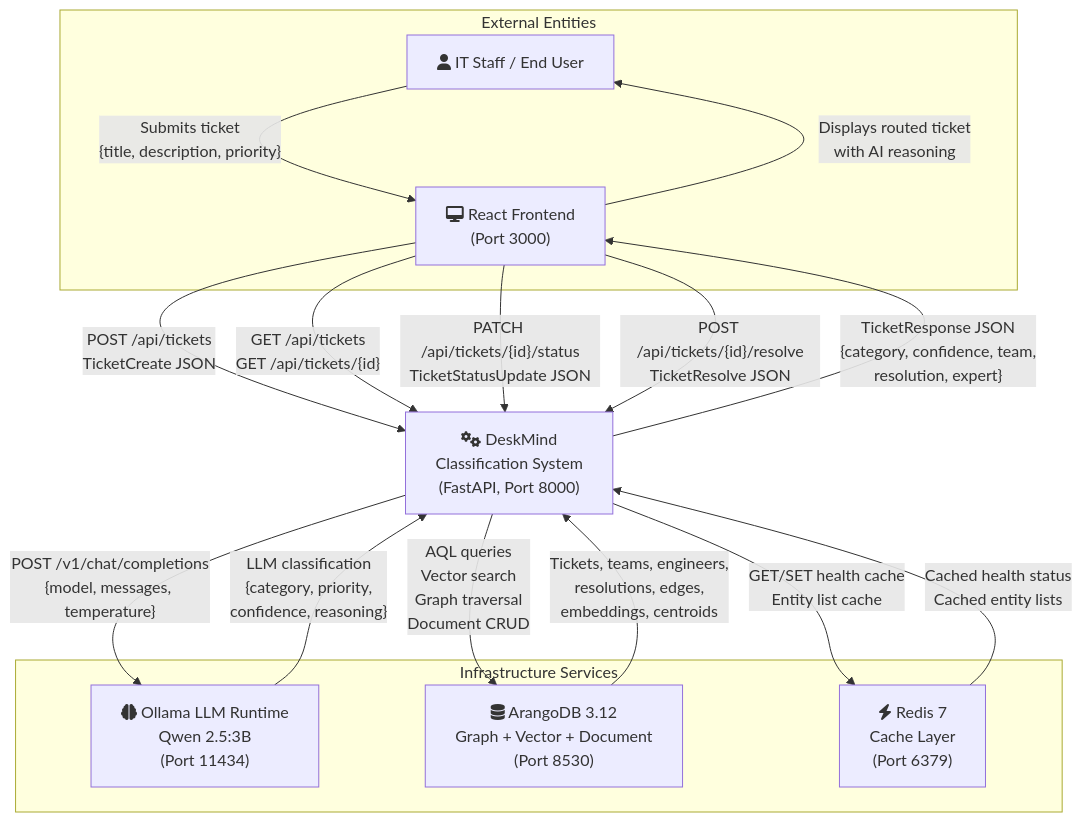
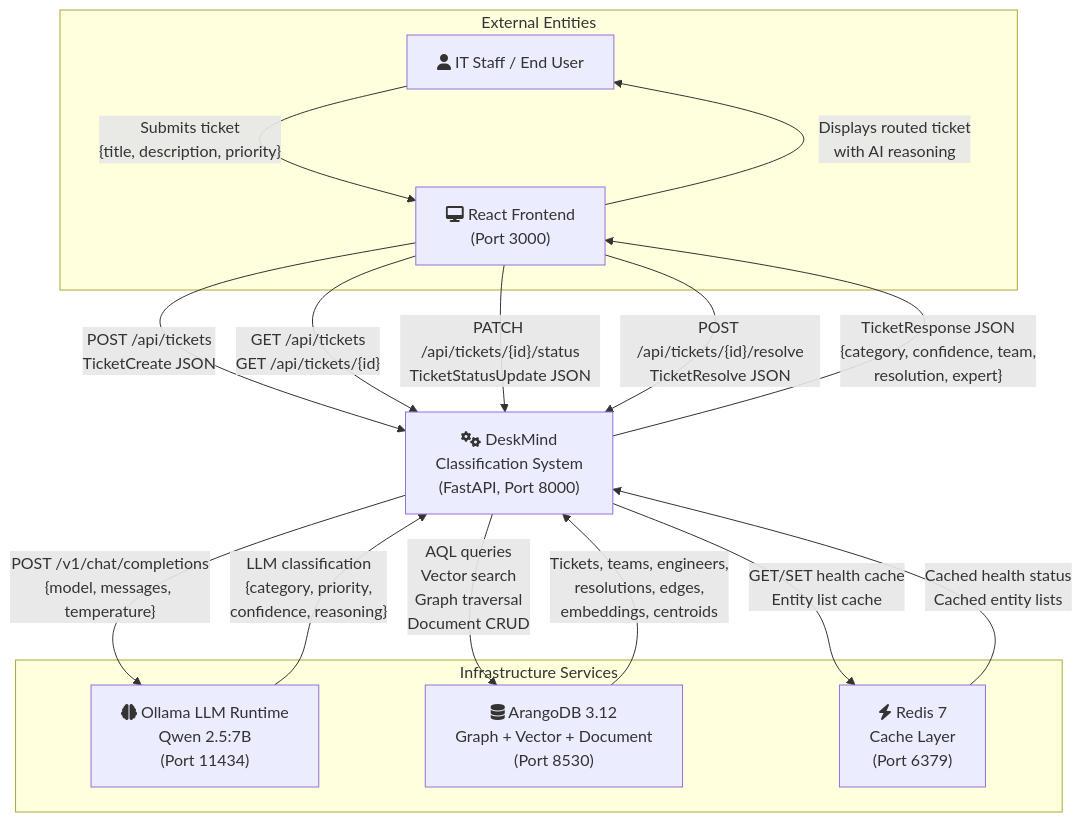
The first of 4 diagrams in docs/nasscom-r2/05-data-flow-diagram.md (arif-asadullah/AI-Ticket-Routing), drawn with Mermaid before and after one commit. The commit also changed other lines of this file and 8 other files, not shown here.

````diff
--- a/docs/nasscom-r2/05-data-flow-diagram.md
+++ b/docs/nasscom-r2/05-data-flow-diagram.md
@@ -14,33 +14,33 @@
 ```mermaid
 flowchart TB
     subgraph External Entities
         USER["fa:fa-user IT Staff / End User"]
         REACT["fa:fa-desktop React Frontend\n(Port 3000)"]
     end
 
     subgraph Infrastructure Services
-        OLLAMA["fa:fa-brain Ollama LLM Runtime\nQwen 2.5:3B\n(Port 11434)"]
+        OLLAMA["fa:fa-brain Ollama LLM Runtime\nQwen 2.5:7B\n(Port 11434)"]
         ARANGO["fa:fa-database ArangoDB 3.12\nGraph + Vector + Document\n(Port 8530)"]
         REDIS["fa:fa-bolt Redis 7\nCache Layer\n(Port 6379)"]
     end
 
     DESKMIND["fa:fa-cogs DeskMind\nClassification System\n(FastAPI, Port 8000)"]
 
     USER -- "Submits ticket\n{title, description, priority}" --> REACT
     REACT -- "POST /api/tickets\nTicketCreate JSON" --> DESKMIND
     REACT -- "GET /api/tickets\nGET /api/tickets/{id}" --> DESKMIND
     REACT -- "PATCH /api/tickets/{id}/status\nTicketStatusUpdate JSON" --> DESKMIND
     REACT -- "POST /api/tickets/{id}/resolve\nTicketResolve JSON" --> DESKMIND
 
     DESKMIND -- "TicketResponse JSON\n{category, confidence, team,\nresolution, expert}" --> REACT
     REACT -- "Displays routed ticket\nwith AI reasoning" --> USER
 
     DESKMIND -- "POST /v1/chat/completions\n{model, messages, temperature}" --> OLLAMA
     OLLAMA -- "LLM classification\n{category, priority,\nconfidence, reasoning}" --> DESKMIND
 
     DESKMIND -- "AQL queries\nVector search\nGraph traversal\nDocument CRUD" --> ARANGO
     ARANGO -- "Tickets, teams, engineers,\nresolutions, edges,\nembeddings, centroids" --> DESKMIND
 
     DESKMIND -- "GET/SET health cache\nEntity list cache" --> REDIS
     REDIS -- "Cached health status\nCached entity lists" --> DESKMIND
 ```
````
